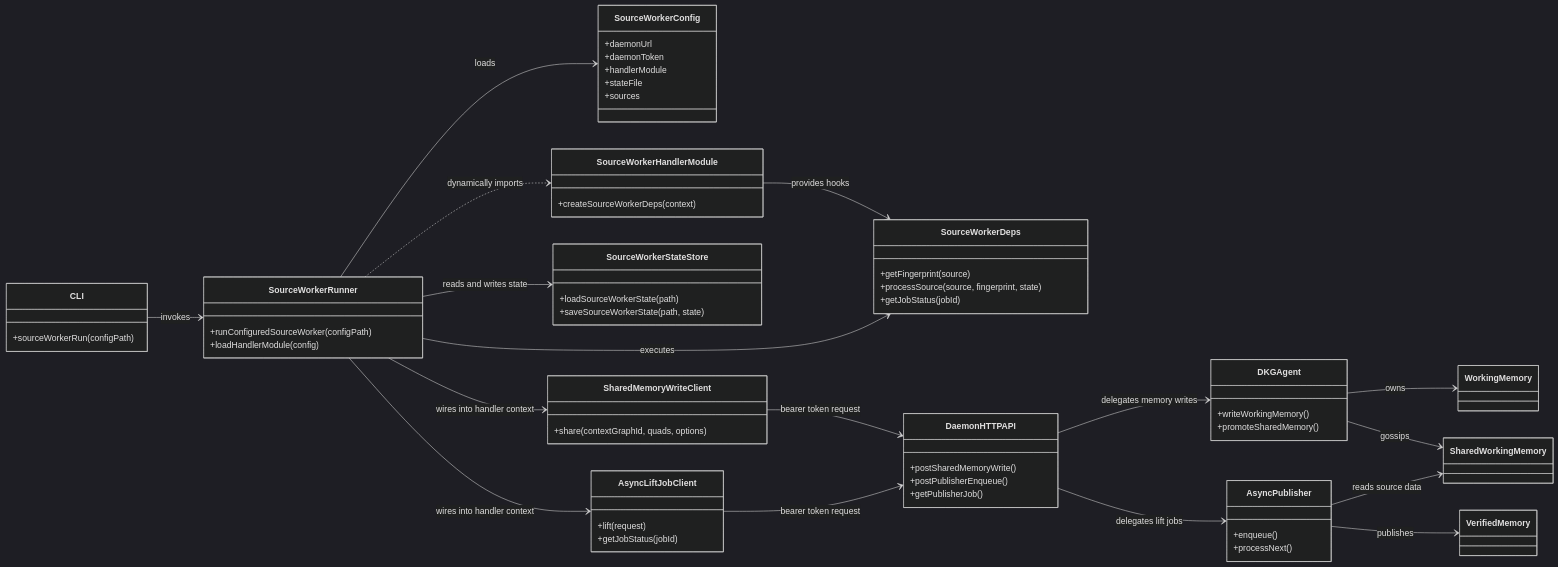
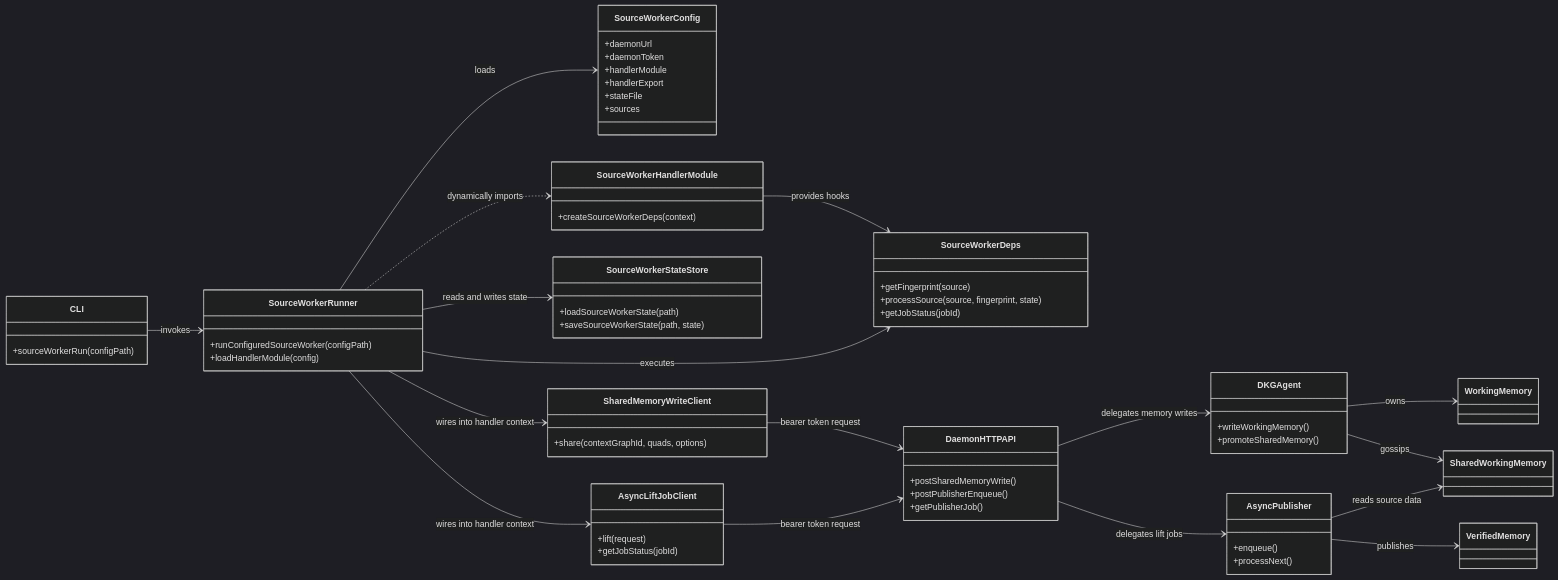
Before and after one commit to KilianTrunk/dkg: the first of 3 diagrams in ARCHITECTURE.md, drawn with Mermaid (dark theme). The commit also changed other lines of this file and 4 other files, not shown here.

````diff
--- a/ARCHITECTURE.md
+++ b/ARCHITECTURE.md
@@ -10,70 +10,71 @@
 ```mermaid
 classDiagram
 direction LR
 class CLI {
   +sourceWorkerRun(configPath)
 }
 class SourceWorkerConfig {
   +daemonUrl
   +daemonToken
   +handlerModule
+  +handlerExport
   +stateFile
   +sources
 }
 class SourceWorkerRunner {
   +runConfiguredSourceWorker(configPath)
   +loadHandlerModule(config)
 }
 class SourceWorkerHandlerModule {
   +createSourceWorkerDeps(context)
 }
 class SourceWorkerDeps {
   +getFingerprint(source)
   +processSource(source, fingerprint, state)
   +getJobStatus(jobId)
 }
 class SourceWorkerStateStore {
   +loadSourceWorkerState(path)
   +saveSourceWorkerState(path, state)
 }
 class SharedMemoryWriteClient {
   +share(contextGraphId, quads, options)
 }
 class AsyncLiftJobClient {
   +lift(request)
   +getJobStatus(jobId)
 }
 class DaemonHTTPAPI {
   +postSharedMemoryWrite()
   +postPublisherEnqueue()
   +getPublisherJob()
 }
 class DKGAgent {
   +writeWorkingMemory()
   +promoteSharedMemory()
 }
 class AsyncPublisher {
   +enqueue()
   +processNext()
 }
 class WorkingMemory
 class SharedWorkingMemory
 class VerifiedMemory
 
 CLI --> SourceWorkerRunner : invokes
 SourceWorkerRunner --> SourceWorkerConfig : loads
 SourceWorkerRunner ..> SourceWorkerHandlerModule : dynamically imports
 SourceWorkerHandlerModule --> SourceWorkerDeps : provides hooks
 SourceWorkerRunner --> SourceWorkerDeps : executes
 SourceWorkerRunner --> SourceWorkerStateStore : reads and writes state
 SourceWorkerRunner --> SharedMemoryWriteClient : wires into handler context
 SourceWorkerRunner --> AsyncLiftJobClient : wires into handler context
 SharedMemoryWriteClient --> DaemonHTTPAPI : bearer token request
 AsyncLiftJobClient --> DaemonHTTPAPI : bearer token request
 DaemonHTTPAPI --> DKGAgent : delegates memory writes
 DaemonHTTPAPI --> AsyncPublisher : delegates lift jobs
 DKGAgent --> WorkingMemory : owns
 DKGAgent --> SharedWorkingMemory : gossips
 AsyncPublisher --> SharedWorkingMemory : reads source data
 AsyncPublisher --> VerifiedMemory : publishes
 ```
````
